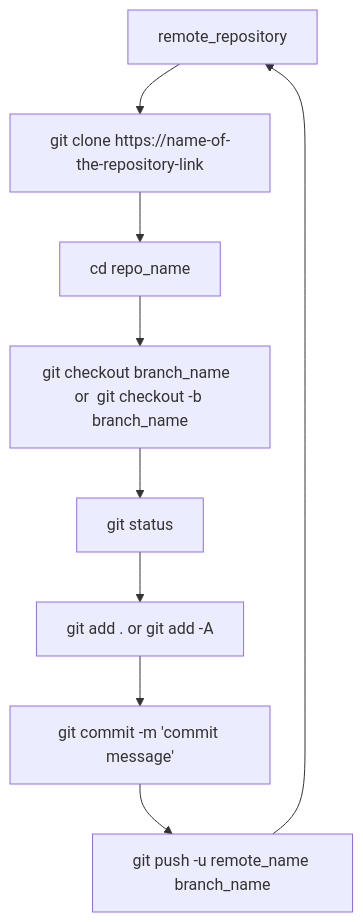
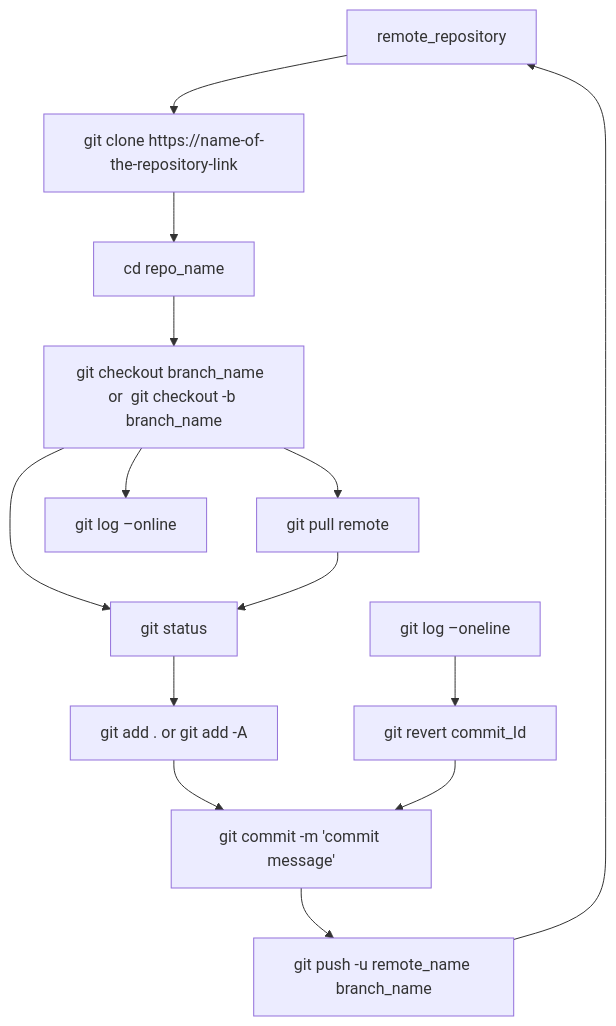
One commit to stawssthub/testmd changed the diagram in Git_Workflow_for_Developers_.md. Above: the diagram before and after it, drawn with Mermaid. The commit also changed other lines of this file, not shown here.

````diff
--- a/Git_Workflow_for_Developers_.md
+++ b/Git_Workflow_for_Developers_.md
@@ -203,11 +176,16 @@
 ```mermaid
 flowchart TD;
     remote_repository-->working_directory[git clone https://name-of-the-repository-link];
     working_directory[git clone https://name-of-the-repository-link]-->Change_directory[cd repo_name ];
     Change_directory[cd repo_name ]-->checkout_branch[git checkout branch_name  or  git checkout -b branch_name];
     checkout_branch[git checkout branch_name  or  git checkout -b branch_name]-->git_status[git status];
     git_status[git status]-->git_add[git add .  or  git add -A];
     git_add[git add .  or  git add -A]-->git_commit[git commit -m 'commit message'];
     git_commit[git commit -m 'commit message']-->git_push[git push -u remote_name branch_name];
     git_push[git push -u remote_name branch_name]-->remote_repository;
+    checkout_branch[git checkout branch_name  or  git checkout -b branch_name]-->git_pull[git pull remote];
+    git_pull[git pull remote]-->git_status[git status];
+    checkout_branch[git checkout branch_name  or  git checkout -b branch_name]-->git_rever_log[git log –online];
+    git_revert_log[git log –oneline]-->git_revert_commitid[git revert commit_Id];
+    git_revert_commitid[git revert commit_Id]-->git_commit[git commit -m 'commit message'];
 ```
````
